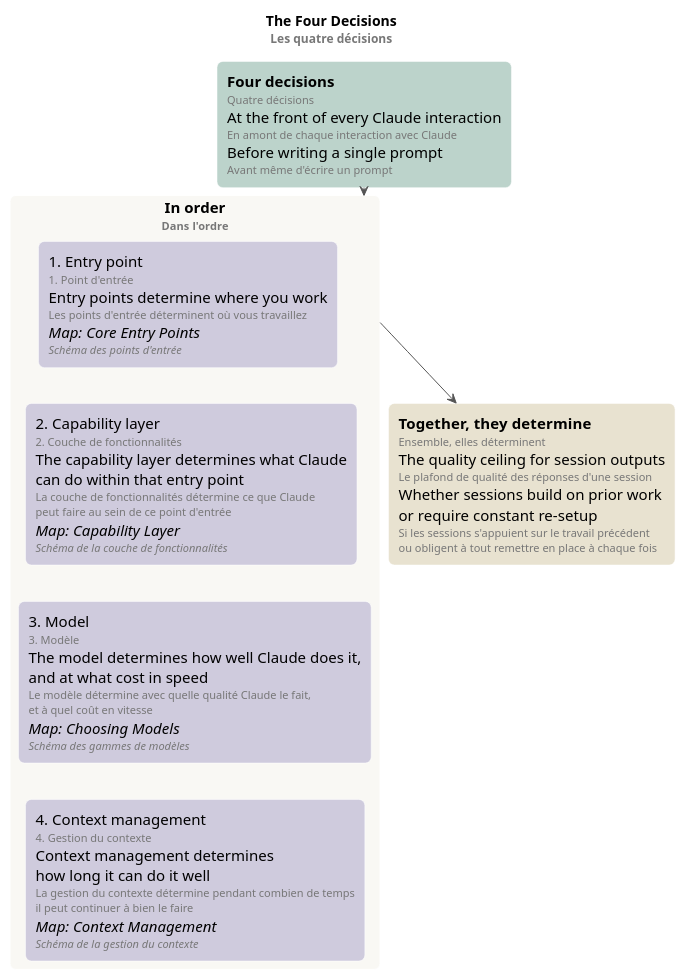
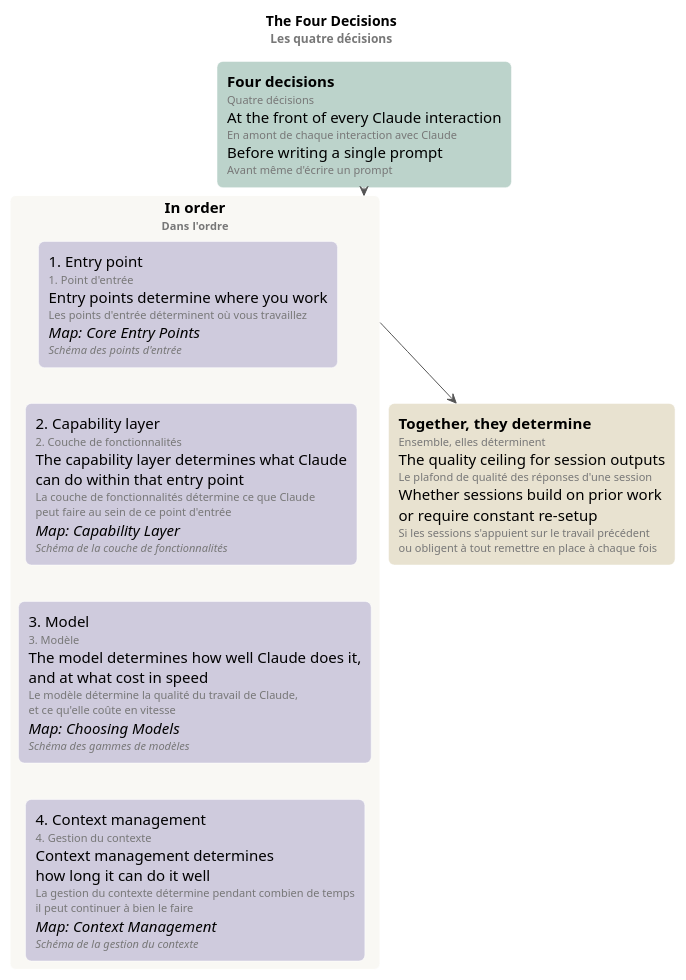
One commit to ltruchot/anthropic-academy-ai-glossary changed the diagram in 03-claude-platform-and-model-foundations/mindmap/four-decisions.puml. Above: the diagram before and after it, drawn with PlantUML. The commit also changed 2 other files, not shown here.

Commit message:
docs: four-decisions map, the model's French reworded

```diff
--- a/03-claude-platform-and-model-foundations/mindmap/four-decisions.puml
+++ b/03-claude-platform-and-model-foundations/mindmap/four-decisions.puml
@@ -1,40 +1,40 @@
 @startuml four-decisions
 ' Render: java -jar plantuml.jar -tsvg four-decisions.puml (smetana: no Graphviz needed).
 !pragma layout smetana
 
 skinparam defaultFontName Helvetica
 skinparam shadowing false
 skinparam roundCorner 12
 skinparam ArrowColor #555555
 skinparam rectangle {
   BorderColor #FFFFFF
   FontSize 15
 }
 <style>
 rectangle {
   MinimumWidth 230
 }
 </style>
 
 title The Four Decisions\n<size:12><color:#777>Les quatre décisions</color></size>
 
 rectangle "**Four decisions**\n<size:11><color:#777>Quatre décisions</color></size>\nAt the front of every Claude interaction\n<size:11><color:#777>En amont de chaque interaction avec Claude</color></size>\nBefore writing a single prompt\n<size:11><color:#777>Avant même d'écrire un prompt</color></size>" as FD #BCD3CB
 
 rectangle "**In order**\n<size:11><color:#777>Dans l'ordre</color></size>" as ORDER #F9F8F4 {
   rectangle "1. Entry point\n<size:11><color:#777>1. Point d'entrée</color></size>\nEntry points determine where you work\n<size:11><color:#777>Les points d'entrée déterminent où vous travaillez</color></size>\n<i>Map: Core Entry Points</i>\n<size:11><color:#777><i>Schéma des points d'entrée</i></color></size>" as EP #CFCBDD
   rectangle "2. Capability layer\n<size:11><color:#777>2. Couche de fonctionnalités</color></size>\nThe capability layer determines what Claude\ncan do within that entry point\n<size:11><color:#777>La couche de fonctionnalités détermine ce que Claude</color></size>\n<size:11><color:#777>peut faire au sein de ce point d'entrée</color></size>\n<i>Map: Capability Layer</i>\n<size:11><color:#777><i>Schéma de la couche de fonctionnalités</i></color></size>" as CL #CFCBDD
-  rectangle "3. Model\n<size:11><color:#777>3. Modèle</color></size>\nThe model determines how well Claude does it,\nand at what cost in speed\n<size:11><color:#777>Le modèle détermine avec quelle qualité Claude le fait,</color></size>\n<size:11><color:#777>et à quel coût en vitesse</color></size>\n<i>Map: Choosing Models</i>\n<size:11><color:#777><i>Schéma des gammes de modèles</i></color></size>" as MO #CFCBDD
+  rectangle "3. Model\n<size:11><color:#777>3. Modèle</color></size>\nThe model determines how well Claude does it,\nand at what cost in speed\n<size:11><color:#777>Le modèle détermine la qualité du travail de Claude,</color></size>\n<size:11><color:#777>et ce qu'elle coûte en vitesse</color></size>\n<i>Map: Choosing Models</i>\n<size:11><color:#777><i>Schéma des gammes de modèles</i></color></size>" as MO #CFCBDD
   rectangle "4. Context management\n<size:11><color:#777>4. Gestion du contexte</color></size>\nContext management determines\nhow long it can do it well\n<size:11><color:#777>La gestion du contexte détermine pendant combien de temps</color></size>\n<size:11><color:#777>il peut continuer à bien le faire</color></size>\n<i>Map: Context Management</i>\n<size:11><color:#777><i>Schéma de la gestion du contexte</i></color></size>" as CM #CFCBDD
 }
 
 rectangle "**Together, they determine**\n<size:11><color:#777>Ensemble, elles déterminent</color></size>\nThe quality ceiling for session outputs\n<size:11><color:#777>Le plafond de qualité des réponses d'une session</color></size>\nWhether sessions build on prior work\nor require constant re-setup\n<size:11><color:#777>Si les sessions s'appuient sur le travail précédent</color></size>\n<size:11><color:#777>ou obligent à tout remettre en place à chaque fois</color></size>" as TD #E8E2D0
 
 ' The course's order, top to bottom.
 EP -[hidden]down- CL
 CL -[hidden]down- MO
 MO -[hidden]down- CM
 
 FD --> ORDER
 ORDER --> TD
 
 @enduml
```
